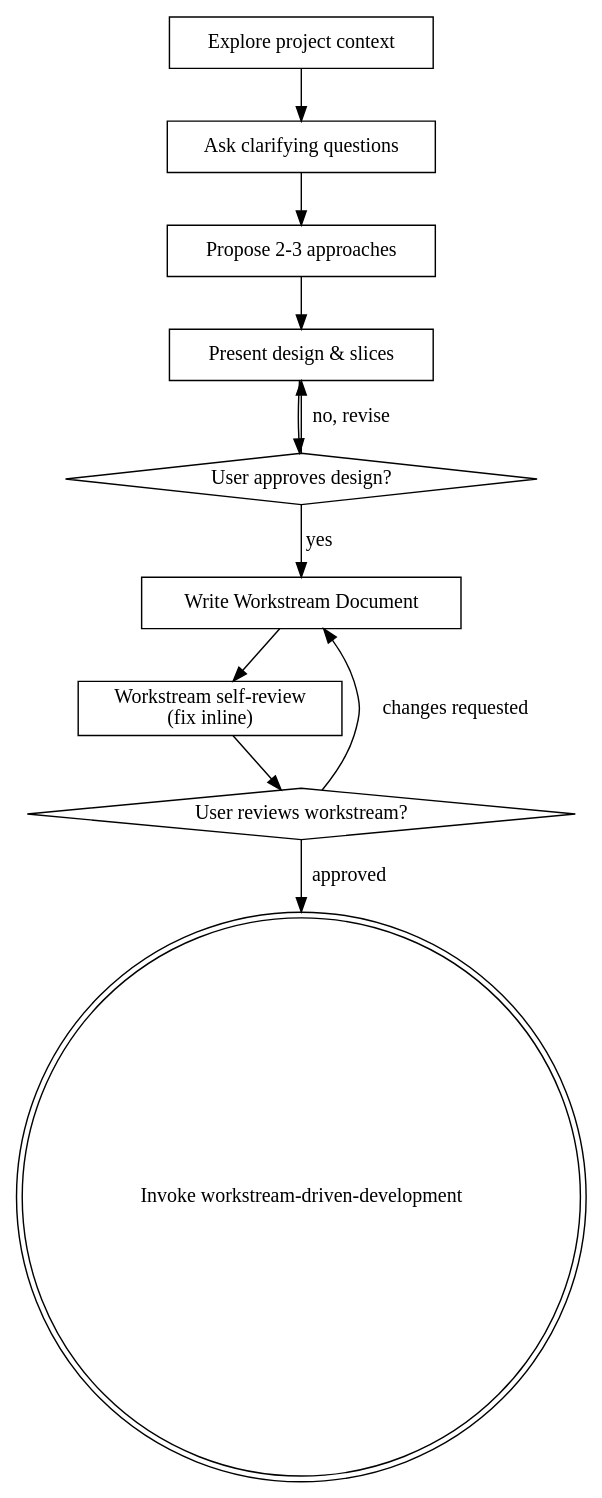
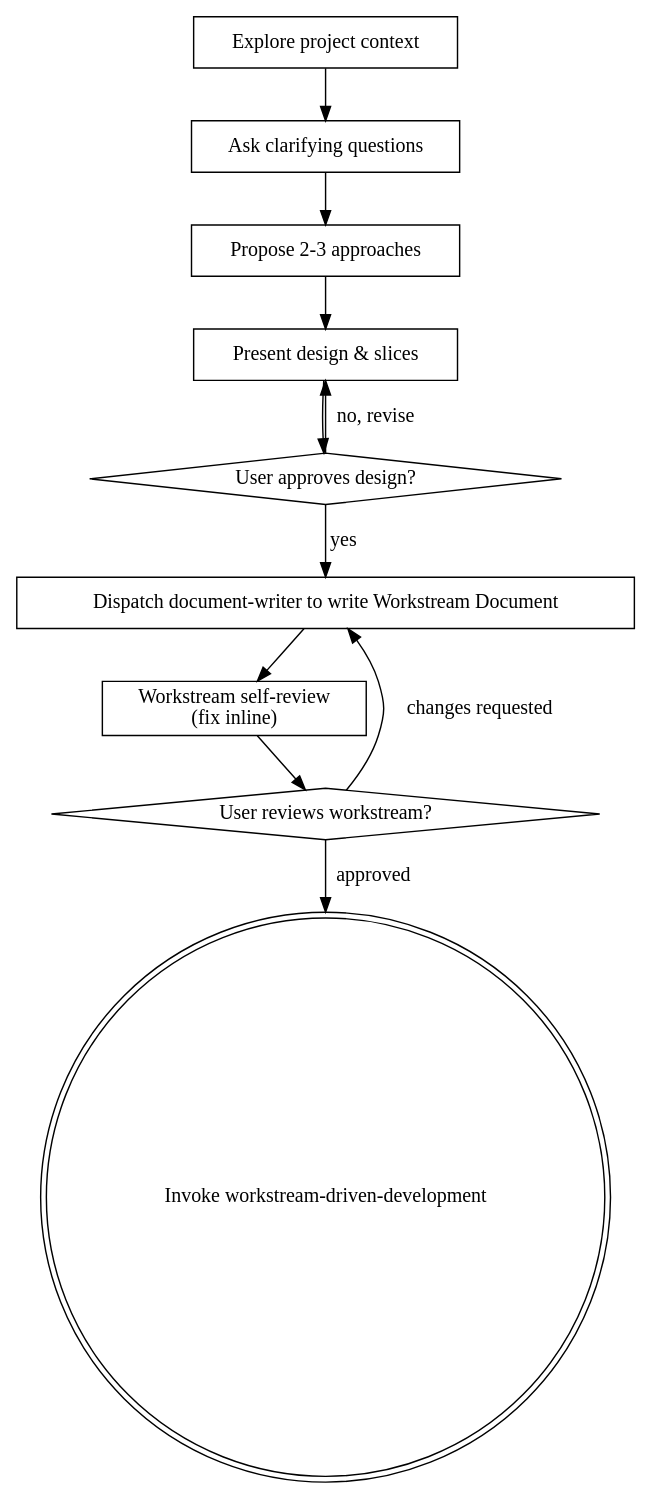
One commit to dtbndr/solopowers changed the diagram in skills/workstream-brainstorming/SKILL.md. Above: the diagram before and after it, drawn with Graphviz. The commit also changed other lines of this file and 1 other file, not shown here.

Commit message:
Implement harness-agnostic document-writer role for workstream document delegation

````diff
--- a/skills/workstream-brainstorming/SKILL.md
+++ b/skills/workstream-brainstorming/SKILL.md
@@ -51,24 +51,24 @@
 ```dot
 digraph workstream_brainstorming {
     "Explore project context" [shape=box];
     "Ask clarifying questions" [shape=box];
     "Propose 2-3 approaches" [shape=box];
     "Present design & slices" [shape=box];
     "User approves design?" [shape=diamond];
-    "Write Workstream Document" [shape=box];
+    "Dispatch document-writer to write Workstream Document" [shape=box];
     "Workstream self-review\n(fix inline)" [shape=box];
     "User reviews workstream?" [shape=diamond];
     "Invoke workstream-driven-development" [shape=doublecircle];
 
     "Explore project context" -> "Ask clarifying questions";
     "Ask clarifying questions" -> "Propose 2-3 approaches";
     "Propose 2-3 approaches" -> "Present design & slices";
     "Present design & slices" -> "User approves design?";
     "User approves design?" -> "Present design & slices" [label="no, revise"];
-    "User approves design?" -> "Write Workstream Document" [label="yes"];
-    "Write Workstream Document" -> "Workstream self-review\n(fix inline)";
+    "User approves design?" -> "Dispatch document-writer to write Workstream Document" [label="yes"];
+    "Dispatch document-writer to write Workstream Document" -> "Workstream self-review\n(fix inline)";
     "Workstream self-review\n(fix inline)" -> "User reviews workstream?";
-    "User reviews workstream?" -> "Write Workstream Document" [label="changes requested"];
+    "User reviews workstream?" -> "Dispatch document-writer to write Workstream Document" [label="changes requested"];
     "User reviews workstream?" -> "Invoke workstream-driven-development" [label="approved"];
 }
 ```
````
